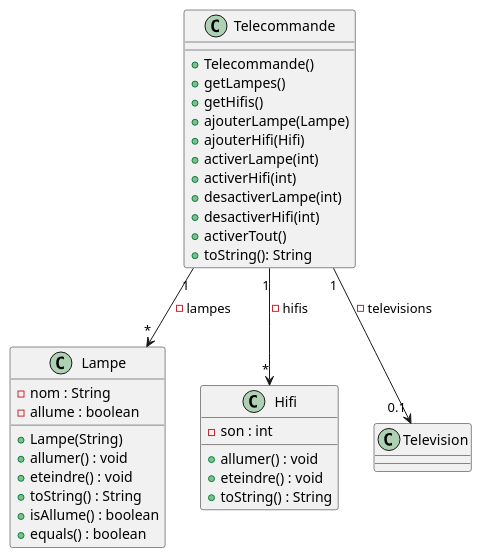
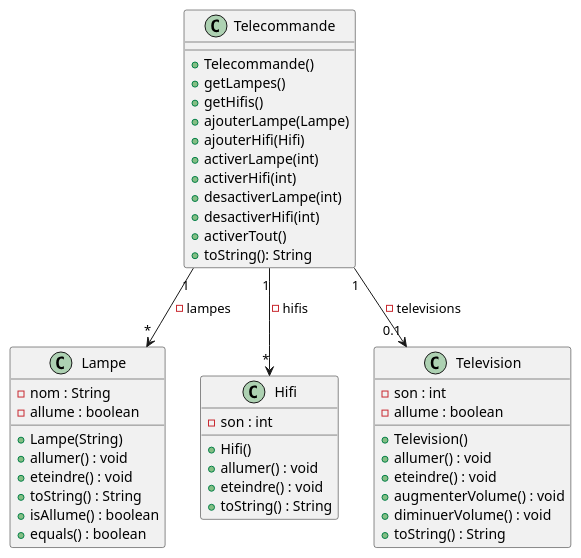
One commit to alannMonnier/2023_domotique_monnierb2u_segard6u changed the diagram in domotique/domotique.puml. Above: the diagram before and after it, drawn with PlantUML.

Commit message:
schéma UML terminé

```diff
--- a/domotique/domotique.puml
+++ b/domotique/domotique.puml
@@ -1,43 +1,51 @@
 @startuml
 '''classes
 class Lampe{
 -nom : String
 -allume : boolean
 +Lampe(String)
 +allumer() : void
 +eteindre() : void
 +toString() : String
 +isAllume() : boolean
 +equals() : boolean
 }
 
 class Telecommande{
 + Telecommande()
 + getLampes()
 + getHifis()
 + ajouterLampe(Lampe)
 + ajouterHifi(Hifi)
 + activerLampe(int)
 + activerHifi(int)
 + desactiverLampe(int)
 + desactiverHifi(int)
 + activerTout()
 + toString(): String
 }
 
 class Hifi{
 -son : int
++Hifi()
 +allumer() : void
 +eteindre() : void
 +toString() : String
 }
 
 class Television{
-
+-son : int
+-allume : boolean
++Television()
++allumer() : void
++eteindre() : void
++augmenterVolume() : void
++diminuerVolume() : void
++toString() : String
 }
 
 '''relations
 Telecommande "1" --> "*"Lampe: -lampes
 Telecommande "1" --> "*"Hifi: -hifis
 Telecommande "1" --> "0.1"Television: -televisions
 @enduml
```
